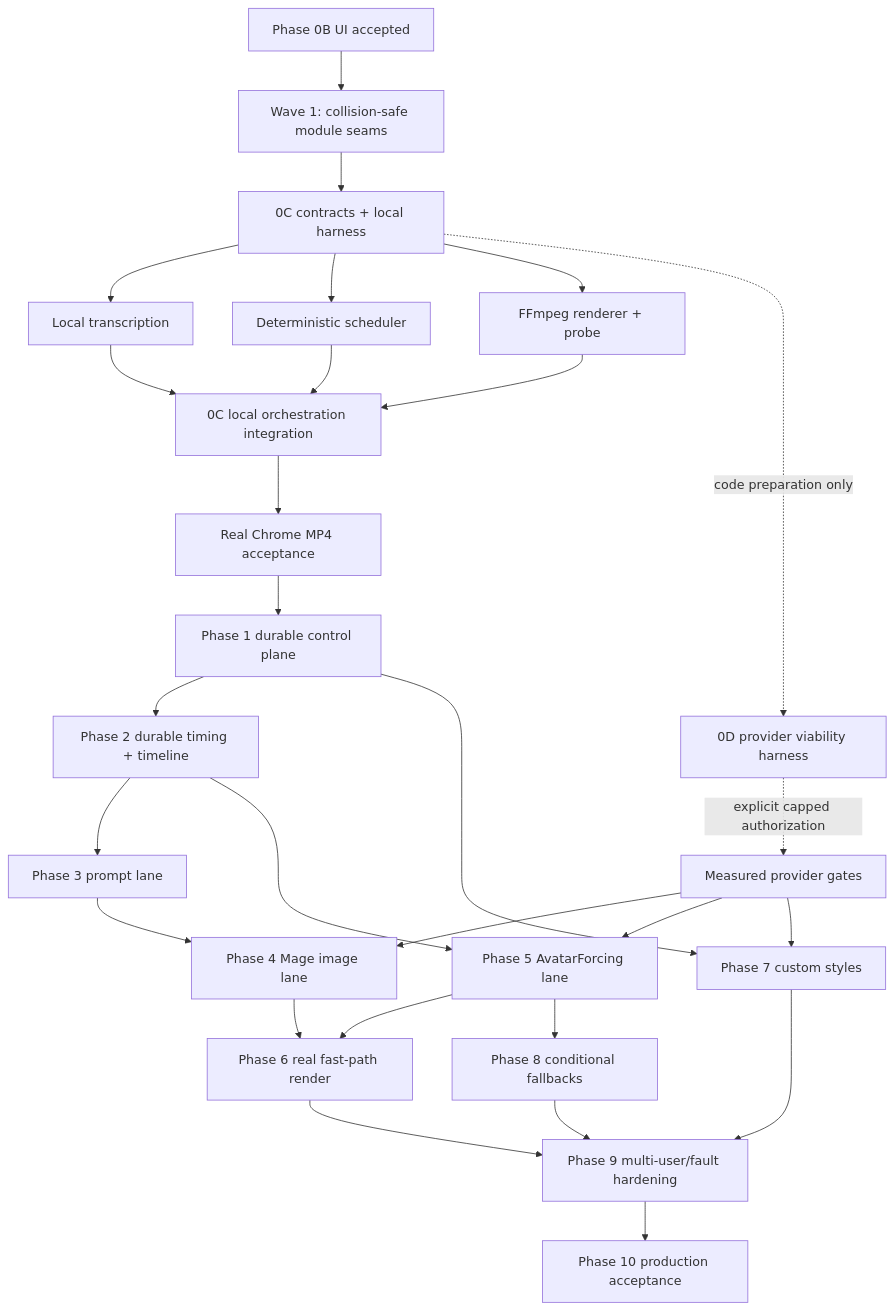
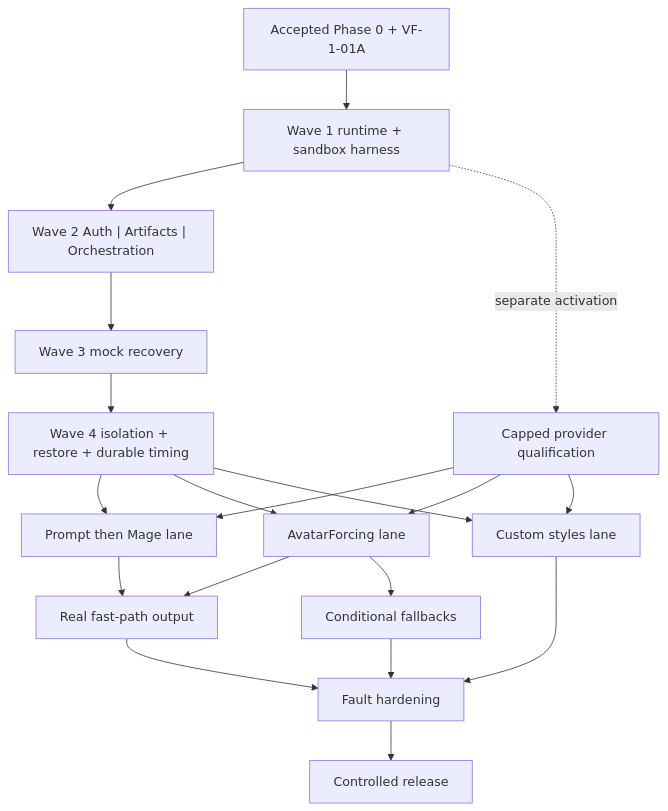
The diagram in project-context/21_IMPLEMENTATION_EXECUTION_PLAN.md (Pala-LakshmanSai/videoforge), drawn with Mermaid before and after one commit. The commit also changed other lines of this file and 20 other files, not shown here.

````diff
--- a/project-context/21_IMPLEMENTATION_EXECUTION_PLAN.md
+++ b/project-context/21_IMPLEMENTATION_EXECUTION_PLAN.md
@@ -49,30 +84,21 @@
 ```mermaid
 flowchart TD
-    UI["Phase 0B UI accepted"] --> W1["Wave 1: collision-safe module seams"]
-    W1 --> C1["0C contracts + local harness"]
-    C1 --> CT["Local transcription"]
-    C1 --> CS["Deterministic scheduler"]
-    C1 --> CR["FFmpeg renderer + probe"]
-    CT --> CI["0C local orchestration integration"]
-    CS --> CI
-    CR --> CI
-    CI --> CA["Real Chrome MP4 acceptance"]
-    CA --> D1["Phase 1 durable control plane"]
-    C1 -. "code preparation only" .-> V0["0D provider viability harness"]
-    V0 -. "explicit capped authorization" .-> VG["Measured provider gates"]
-    D1 --> T2["Phase 2 durable timing + timeline"]
-    T2 --> P3["Phase 3 prompt lane"]
-    T2 --> A5["Phase 5 AvatarForcing lane"]
-    P3 --> I4["Phase 4 Mage image lane"]
-    D1 --> S7["Phase 7 custom styles"]
-    VG --> I4
-    VG --> A5
-    VG --> S7
-    I4 --> R6["Phase 6 real fast-path render"]
-    A5 --> R6
-    A5 --> F8["Phase 8 conditional fallbacks"]
-    R6 --> H9["Phase 9 multi-user/fault hardening"]
-    S7 --> H9
-    F8 --> H9
-    H9 --> P10["Phase 10 production acceptance"]
+    B["Accepted Phase 0 + VF-1-01A"] --> R["Wave 1 runtime + sandbox harness"]
+    R --> A["Wave 2 Auth | Artifacts | Orchestration"]
+    A --> M["Wave 3 mock recovery"]
+    R -. "separate activation" .-> V["Capped provider qualification"]
+    M --> C["Wave 4 isolation + restore + durable timing"]
+    C --> P["Prompt then Mage lane"]
+    C --> AV["AvatarForcing lane"]
+    C --> S["Custom styles lane"]
+    V --> P
+    V --> AV
+    V --> S
+    P --> O["Real fast-path output"]
+    AV --> O
+    AV --> F["Conditional fallbacks"]
+    O --> H["Fault hardening"]
+    S --> H
+    F --> H
+    H --> X["Controlled release"]
 ```
````
